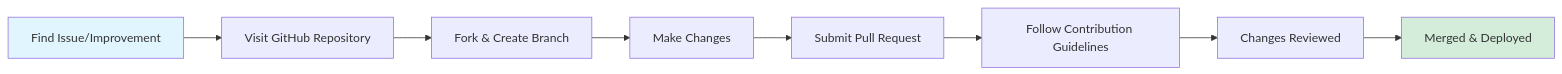
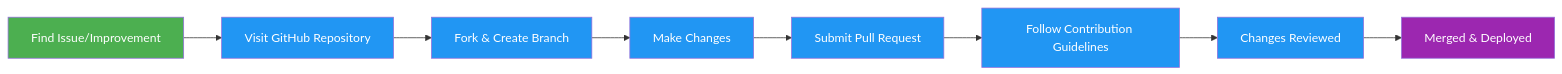
The diagram in docs/en/index.md (ultralytics/handbook), drawn with Mermaid before and after one commit. The commit also changed 16 other files, not shown here.

Commit message:
Standardize Mermaid diagram colors (#302)

````diff
--- a/docs/en/index.md
+++ b/docs/en/index.md
@@ -304,13 +304,14 @@
 ```mermaid
 graph LR
-    A[Find Issue/Improvement] --> B[Visit GitHub Repository]
-    B --> C[Fork & Create Branch]
-    C --> D[Make Changes]
-    D --> E[Submit Pull Request]
-    E --> F[Follow Contribution Guidelines]
-    F --> G[Changes Reviewed]
-    G --> H[Merged & Deployed]
+    A[Find Issue/Improvement]:::start --> B[Visit GitHub Repository]:::proc
+    B --> C[Fork & Create Branch]:::proc
+    C --> D[Make Changes]:::proc
+    D --> E[Submit Pull Request]:::proc
+    E --> F[Follow Contribution Guidelines]:::proc
+    F --> G[Changes Reviewed]:::proc
+    G --> H[Merged & Deployed]:::out
 
-    style A fill:#e1f5ff
-    style H fill:#d4edda
+    classDef start fill:#4CAF50,color:#fff
+    classDef proc fill:#2196F3,color:#fff
+    classDef out fill:#9C27B0,color:#fff
 ```
````
